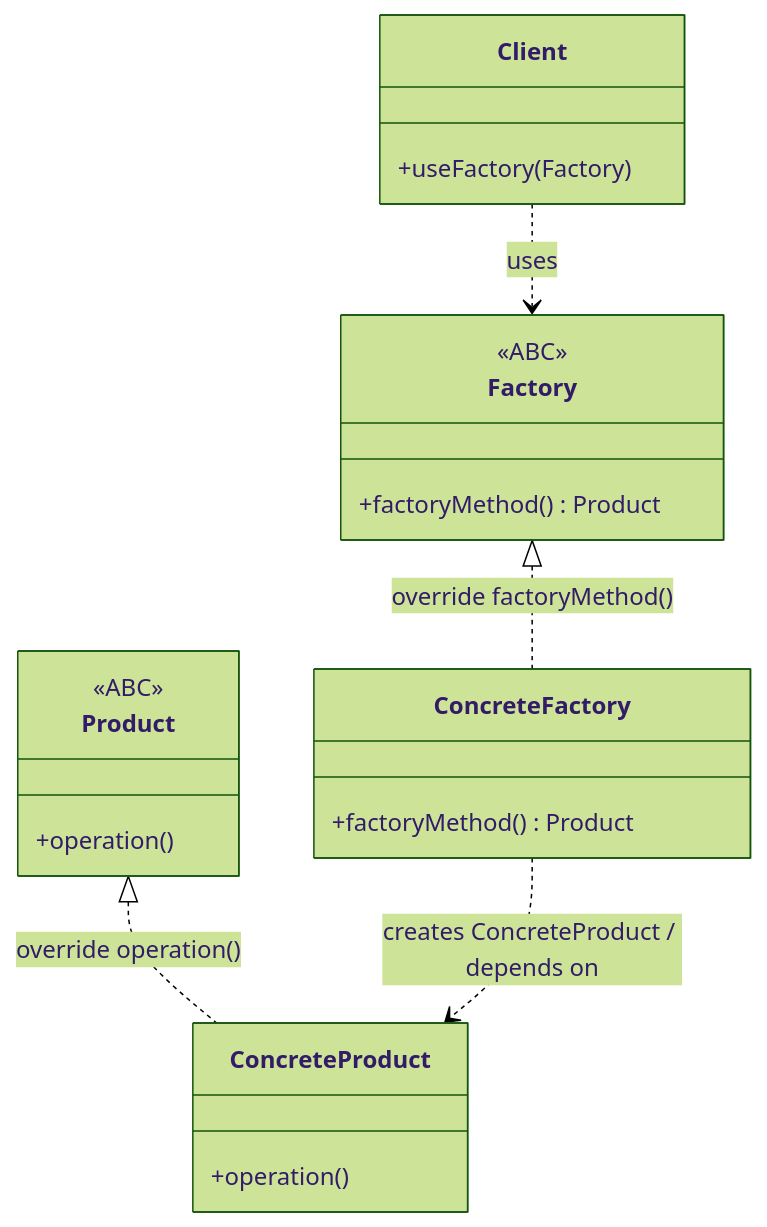
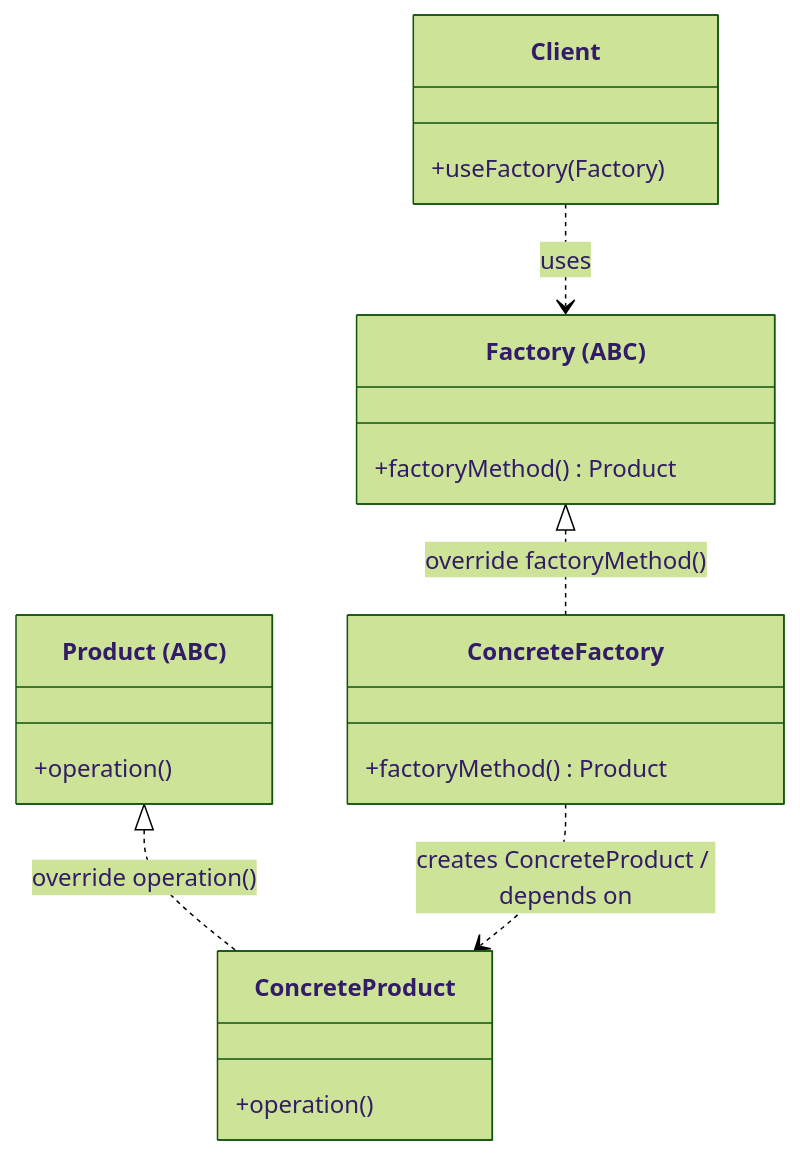
One commit to arunnambyar/tutorials changed the first of 2 diagrams in design_patterns/docs/1220_factory_method_gof.md. Above: the diagram before and after it, drawn with Mermaid (forest theme). The commit also changed 13 other files, not shown here.

````diff
--- a/design_patterns/docs/1220_factory_method_gof.md
+++ b/design_patterns/docs/1220_factory_method_gof.md
@@ -45,27 +45,25 @@
 ```mermaid
 classDiagram
-    class Product {
-        <<ABC>>
+    class Product["Product (ABC)"] {
         +operation()
     }
     class ConcreteProduct {
         +operation()
     }
 
-    class Factory {
-        <<ABC>>
+    class Factory["Factory (ABC)"] {
         +factoryMethod() Product
     }
     class ConcreteFactory {
         +factoryMethod() Product
     }
 
     class Client {
         +useFactory(Factory)
     }
 
     Client ..> Factory : uses
     Factory <|.. ConcreteFactory : override factoryMethod()
     Product <|.. ConcreteProduct : override operation()
     ConcreteFactory ..> ConcreteProduct : creates ConcreteProduct / depends on
 ```
````
